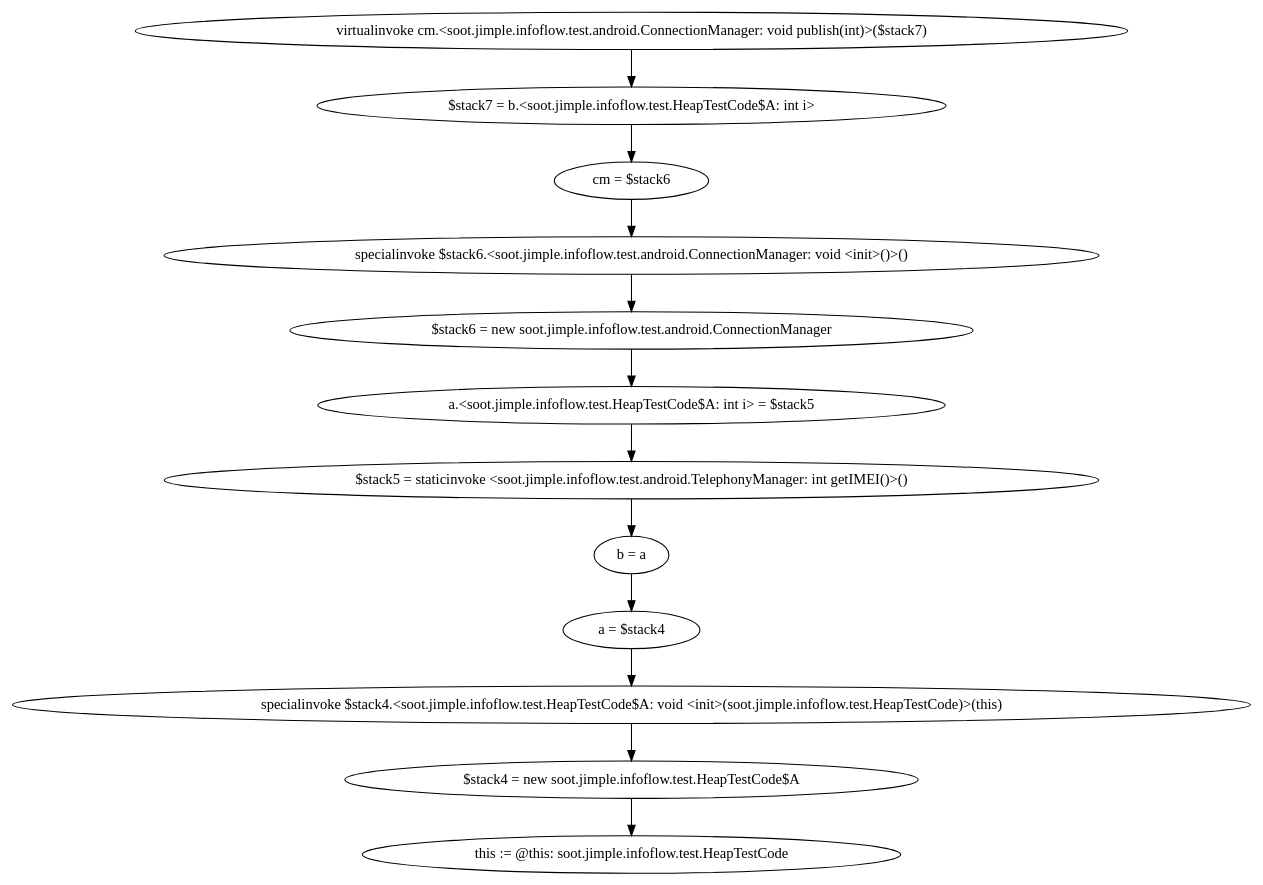
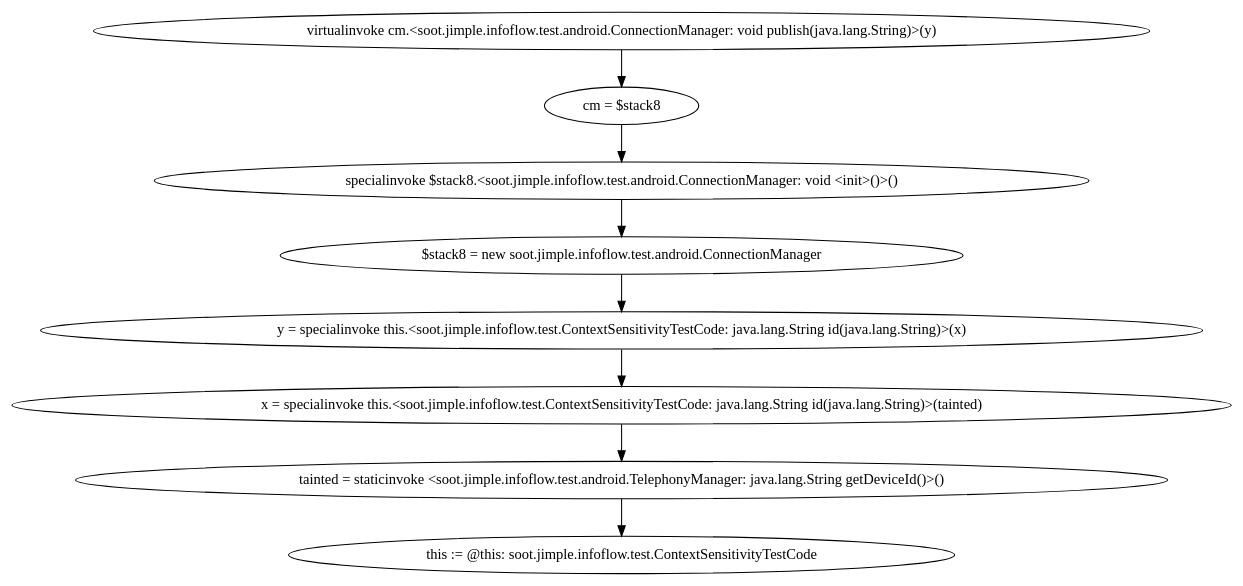
The diagram in soot-infoflow/0.dot (t1mlange/FlowDroid), drawn with Graphviz before and after one commit. The commit also changed 6 other files, not shown here.

```diff
--- a/soot-infoflow/0.dot
+++ b/soot-infoflow/0.dot
@@ -1,25 +1,17 @@
 digraph "" {
-    "virtualinvoke cm.<soot.jimple.infoflow.test.android.ConnectionManager: void publish(int)>($stack7)"
-    "$stack7 = b.<soot.jimple.infoflow.test.HeapTestCode$A: int i>"
-    "virtualinvoke cm.<soot.jimple.infoflow.test.android.ConnectionManager: void publish(int)>($stack7)"->"$stack7 = b.<soot.jimple.infoflow.test.HeapTestCode$A: int i>";
-    "cm = $stack6"
-    "$stack7 = b.<soot.jimple.infoflow.test.HeapTestCode$A: int i>"->"cm = $stack6";
-    "specialinvoke $stack6.<soot.jimple.infoflow.test.android.ConnectionManager: void <init>()>()"
-    "cm = $stack6"->"specialinvoke $stack6.<soot.jimple.infoflow.test.android.ConnectionManager: void <init>()>()";
-    "$stack6 = new soot.jimple.infoflow.test.android.ConnectionManager"
-    "specialinvoke $stack6.<soot.jimple.infoflow.test.android.ConnectionManager: void <init>()>()"->"$stack6 = new soot.jimple.infoflow.test.android.ConnectionManager";
-    "a.<soot.jimple.infoflow.test.HeapTestCode$A: int i> = $stack5"
-    "$stack6 = new soot.jimple.infoflow.test.android.ConnectionManager"->"a.<soot.jimple.infoflow.test.HeapTestCode$A: int i> = $stack5";
-    "$stack5 = staticinvoke <soot.jimple.infoflow.test.android.TelephonyManager: int getIMEI()>()"
-    "a.<soot.jimple.infoflow.test.HeapTestCode$A: int i> = $stack5"->"$stack5 = staticinvoke <soot.jimple.infoflow.test.android.TelephonyManager: int getIMEI()>()";
-    "b = a"
-    "$stack5 = staticinvoke <soot.jimple.infoflow.test.android.TelephonyManager: int getIMEI()>()"->"b = a";
-    "a = $stack4"
-    "b = a"->"a = $stack4";
-    "specialinvoke $stack4.<soot.jimple.infoflow.test.HeapTestCode$A: void <init>(soot.jimple.infoflow.test.HeapTestCode)>(this)"
-    "a = $stack4"->"specialinvoke $stack4.<soot.jimple.infoflow.test.HeapTestCode$A: void <init>(soot.jimple.infoflow.test.HeapTestCode)>(this)";
-    "$stack4 = new soot.jimple.infoflow.test.HeapTestCode$A"
-    "specialinvoke $stack4.<soot.jimple.infoflow.test.HeapTestCode$A: void <init>(soot.jimple.infoflow.test.HeapTestCode)>(this)"->"$stack4 = new soot.jimple.infoflow.test.HeapTestCode$A";
-    "this := @this: soot.jimple.infoflow.test.HeapTestCode"
-    "$stack4 = new soot.jimple.infoflow.test.HeapTestCode$A"->"this := @this: soot.jimple.infoflow.test.HeapTestCode";
+    "virtualinvoke cm.<soot.jimple.infoflow.test.android.ConnectionManager: void publish(java.lang.String)>(y)"
+    "cm = $stack8"
+    "virtualinvoke cm.<soot.jimple.infoflow.test.android.ConnectionManager: void publish(java.lang.String)>(y)"->"cm = $stack8";
+    "specialinvoke $stack8.<soot.jimple.infoflow.test.android.ConnectionManager: void <init>()>()"
+    "cm = $stack8"->"specialinvoke $stack8.<soot.jimple.infoflow.test.android.ConnectionManager: void <init>()>()";
+    "$stack8 = new soot.jimple.infoflow.test.android.ConnectionManager"
+    "specialinvoke $stack8.<soot.jimple.infoflow.test.android.ConnectionManager: void <init>()>()"->"$stack8 = new soot.jimple.infoflow.test.android.ConnectionManager";
+    "y = specialinvoke this.<soot.jimple.infoflow.test.ContextSensitivityTestCode: java.lang.String id(java.lang.String)>(x)"
+    "$stack8 = new soot.jimple.infoflow.test.android.ConnectionManager"->"y = specialinvoke this.<soot.jimple.infoflow.test.ContextSensitivityTestCode: java.lang.String id(java.lang.String)>(x)";
+    "x = specialinvoke this.<soot.jimple.infoflow.test.ContextSensitivityTestCode: java.lang.String id(java.lang.String)>(tainted)"
+    "y = specialinvoke this.<soot.jimple.infoflow.test.ContextSensitivityTestCode: java.lang.String id(java.lang.String)>(x)"->"x = specialinvoke this.<soot.jimple.infoflow.test.ContextSensitivityTestCode: java.lang.String id(java.lang.String)>(tainted)";
+    "tainted = staticinvoke <soot.jimple.infoflow.test.android.TelephonyManager: java.lang.String getDeviceId()>()"
+    "x = specialinvoke this.<soot.jimple.infoflow.test.ContextSensitivityTestCode: java.lang.String id(java.lang.String)>(tainted)"->"tainted = staticinvoke <soot.jimple.infoflow.test.android.TelephonyManager: java.lang.String getDeviceId()>()";
+    "this := @this: soot.jimple.infoflow.test.ContextSensitivityTestCode"
+    "tainted = staticinvoke <soot.jimple.infoflow.test.android.TelephonyManager: java.lang.String getDeviceId()>()"->"this := @this: soot.jimple.infoflow.test.ContextSensitivityTestCode";
 }
```
